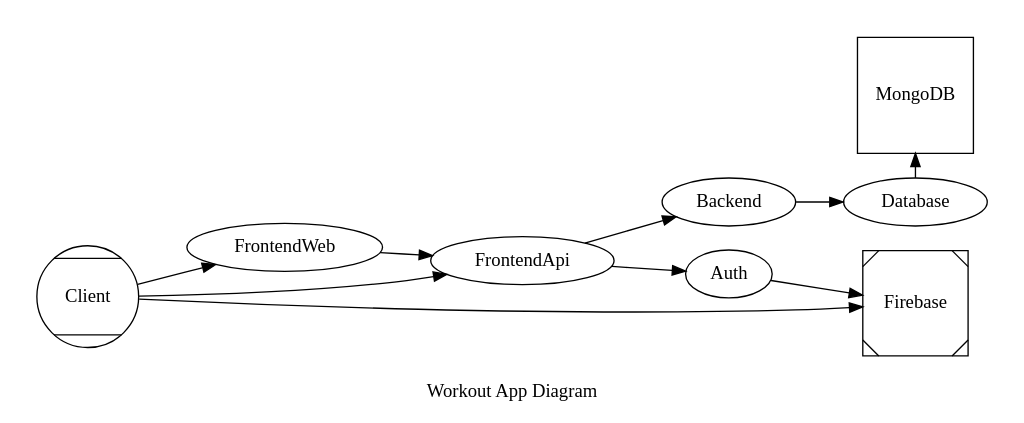
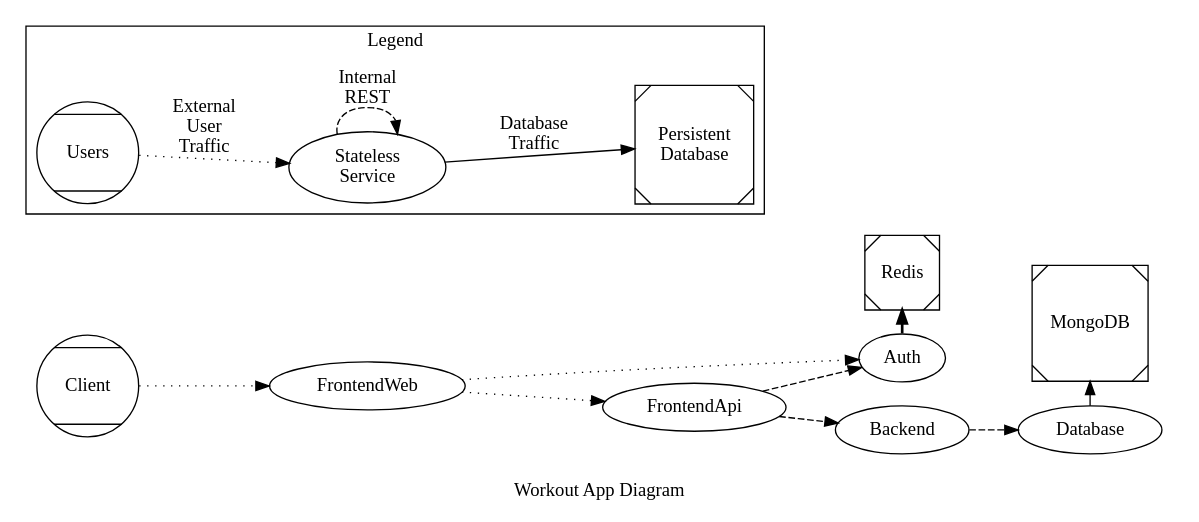
One commit to bevrist/workout-site changed the diagram in docs/diagram.dot. Above: the diagram before and after it, drawn with Graphviz. The commit also changed 3 other files, not shown here.

```diff
--- a/docs/diagram.dot
+++ b/docs/diagram.dot
@@ -1,25 +1,36 @@
 # https://dreampuf.github.io/GraphvizOnline
 
 digraph G {
     rankdir = LR;
     label = "Workout App Diagram";
     Client [shape=Mcircle];
-    Firebase [shape=Msquare];
+    Redis [shape=Msquare];
     FrontendApi;
     FrontendWeb;
     Backend;
     Database;
     Auth;
-    MongoDB [shape=square];
+    MongoDB [shape=Msquare];
 
     subgraph cluster_0 {
         color = white;
         label = "";
-        Client -> Firebase, FrontendApi, FrontendWeb;
-        FrontendWeb -> FrontendApi;
-        FrontendApi -> Backend, Auth;
-        Backend -> Database;
-        Database -> MongoDB[minlen=0.5];
-        Auth -> Firebase;
+        Client -> FrontendWeb [style=dotted];
+        FrontendWeb -> FrontendApi, Auth [style=dotted];
+        FrontendApi -> Backend, Auth [style=dashed];
+        Backend -> Database [style=dashed];
+        Database -> MongoDB [minlen=0.5];
+        Auth -> Redis [minlen=0.5 style=bold];
+    }
+
+    subgraph cluster_legend {
+        label="Legend";
+        internet_users [shape=Mcircle label="Users"];
+        stateless_service [label="Stateless\nService"];
+        persistent_database [shape=Msquare label="Persistent\nDatabase"];
+
+        internet_users -> stateless_service [label="External\nUser\nTraffic" style=dotted];
+        stateless_service -> persistent_database [label="Database\nTraffic"];
+        stateless_service -> stateless_service [label="Internal\nREST" style=dashed];
     }
 }
```
